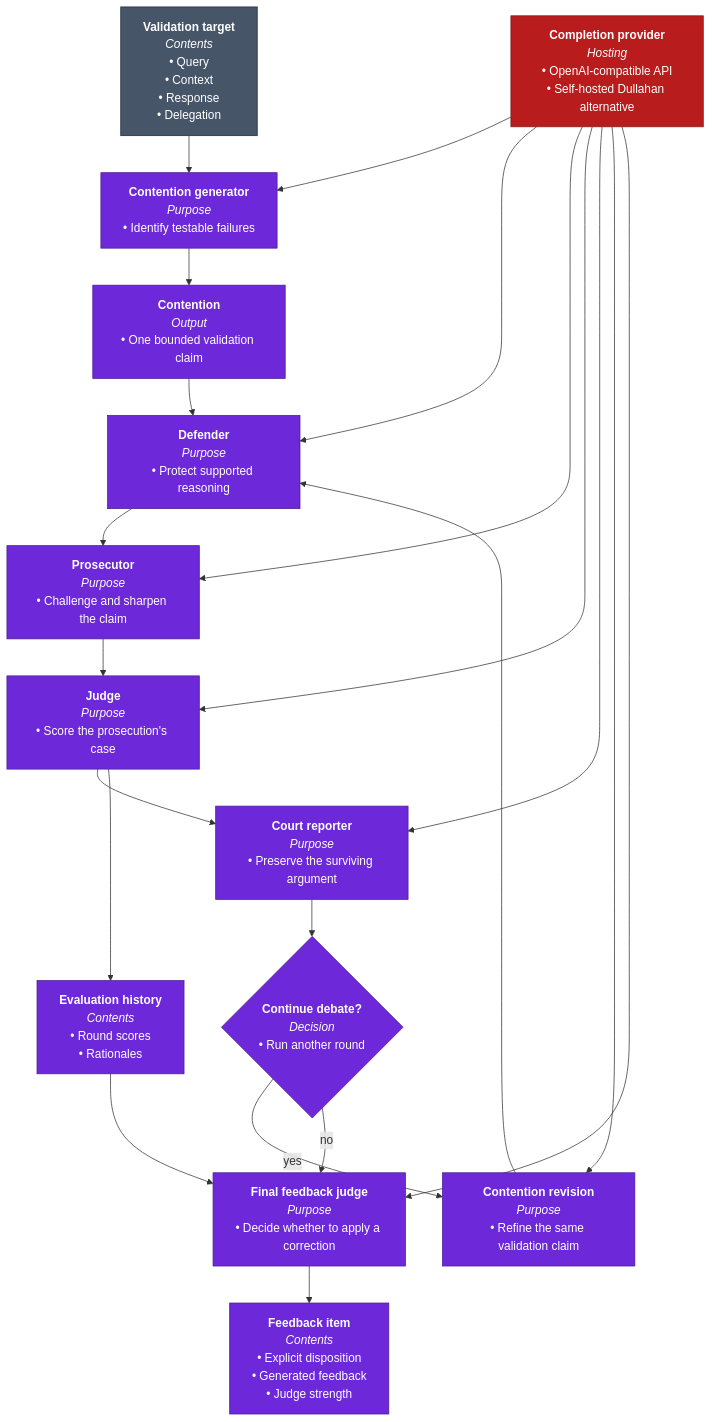
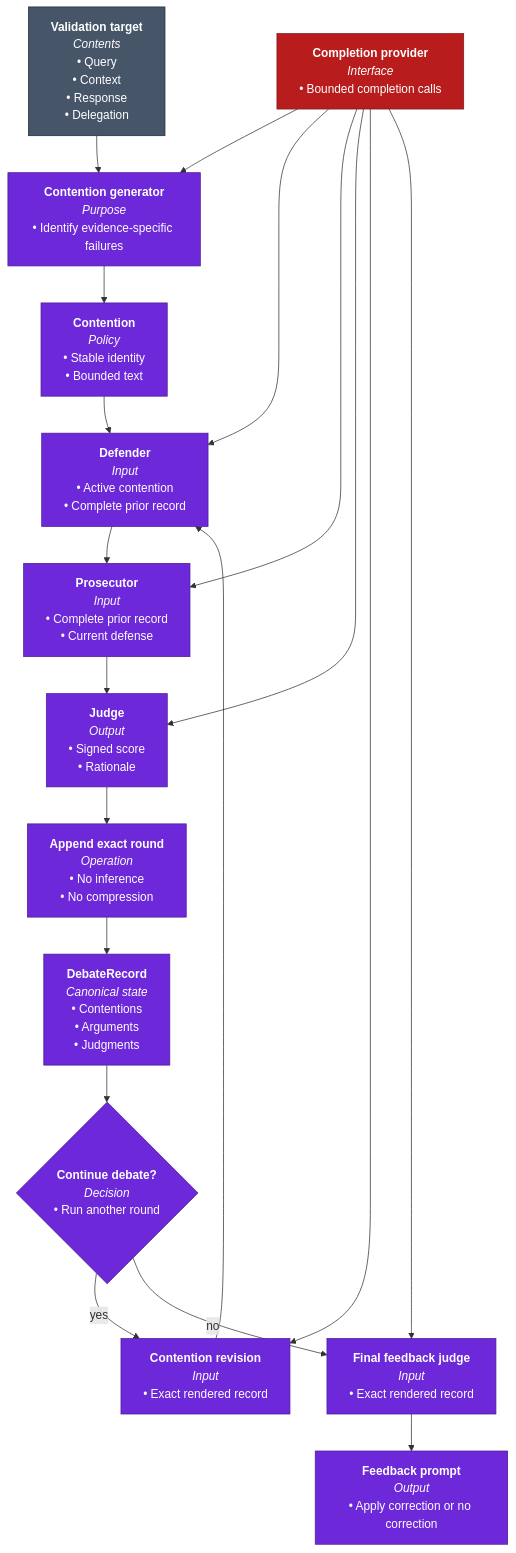
Before and after one commit to ForestDweller014/Specter: the second of 3 diagrams in README.md, drawn with Mermaid. The commit also changed other lines of this file and 140 other files, not shown here.

````diff
--- a/README.md
+++ b/README.md
@@ -281,32 +217,30 @@
 ```mermaid
 flowchart TB
-    Target["<b>Validation target</b><br/><i>Contents</i><br/>• Query<br/>• Context<br/>• Response<br/>• Delegation"] --> Generate["<b>Contention generator</b><br/><i>Purpose</i><br/>• Identify testable failures"]
-    Generate --> Contention["<b>Contention</b><br/><i>Output</i><br/>• One bounded validation claim"]
-    Contention --> Defender["<b>Defender</b><br/><i>Purpose</i><br/>• Protect supported reasoning"]
-    Defender --> Prosecutor["<b>Prosecutor</b><br/><i>Purpose</i><br/>• Challenge and sharpen the claim"]
-    Prosecutor --> Judge["<b>Judge</b><br/><i>Purpose</i><br/>• Score the prosecution's case"]
-    Judge --> Reporter["<b>Court reporter</b><br/><i>Purpose</i><br/>• Preserve the surviving argument"]
-    Judge --> Evaluations["<b>Evaluation history</b><br/><i>Contents</i><br/>• Round scores<br/>• Rationales"]
-    Reporter --> More{"<b>Continue debate?</b><br/><i>Decision</i><br/>• Run another round"}
-    More -->|"yes"| Revise["<b>Contention revision</b><br/><i>Purpose</i><br/>• Refine the same validation claim"]
+    Target["<b>Validation target</b><br/><i>Contents</i><br/>• Query<br/>• Context<br/>• Response<br/>• Delegation"] --> Generate["<b>Contention generator</b><br/><i>Purpose</i><br/>• Identify evidence-specific failures"]
+    Generate --> Contention["<b>Contention</b><br/><i>Policy</i><br/>• Stable identity<br/>• Bounded text"]
+    Contention --> Defender["<b>Defender</b><br/><i>Input</i><br/>• Active contention<br/>• Complete prior record"]
+    Defender --> Prosecutor["<b>Prosecutor</b><br/><i>Input</i><br/>• Complete prior record<br/>• Current defense"]
+    Prosecutor --> Judge["<b>Judge</b><br/><i>Output</i><br/>• Signed score<br/>• Rationale"]
+    Judge --> Append["<b>Append exact round</b><br/><i>Operation</i><br/>• No inference<br/>• No compression"]
+    Append --> Record["<b>DebateRecord</b><br/><i>Canonical state</i><br/>• Contentions<br/>• Arguments<br/>• Judgments"]
+    Record --> More{"<b>Continue debate?</b><br/><i>Decision</i><br/>• Run another round"}
+    More -->|"yes"| Revise["<b>Contention revision</b><br/><i>Input</i><br/>• Exact rendered record"]
     Revise --> Defender
-    More -->|"no"| FinalJudge["<b>Final feedback judge</b><br/><i>Purpose</i><br/>• Decide whether to apply a correction"]
-    Evaluations --> FinalJudge
-    FinalJudge --> Item["<b>Feedback item</b><br/><i>Contents</i><br/>• Explicit disposition<br/>• Generated feedback<br/>• Judge strength"]
+    More -->|"no"| FinalJudge["<b>Final feedback judge</b><br/><i>Input</i><br/>• Exact rendered record"]
+    FinalJudge --> Feedback["<b>Feedback prompt</b><br/><i>Output</i><br/>• Apply correction or no correction"]
 
-    Provider["<b>Completion provider</b><br/><i>Hosting</i><br/>• OpenAI-compatible API<br/>• Self-hosted Dullahan alternative"] --> Generate
+    Provider["<b>Completion provider</b><br/><i>Interface</i><br/>• Bounded completion calls"] --> Generate
     Provider --> Defender
     Provider --> Prosecutor
     Provider --> Judge
-    Provider --> Reporter
     Provider --> Revise
     Provider --> FinalJudge
 
     class Target external
-    class Generate,Contention,Defender,Prosecutor,Judge,Reporter,Evaluations,More,Revise,FinalJudge,Item validation
+    class Generate,Contention,Defender,Prosecutor,Judge,Append,Record,More,Revise,FinalJudge,Feedback validation
     class Provider inference
 
     classDef external fill:#475569,stroke:#1E293B,color:#FFFFFF
     classDef validation fill:#6D28D9,stroke:#4C1D95,color:#FFFFFF
     classDef inference fill:#B91C1C,stroke:#7F1D1D,color:#FFFFFF
 ```
````
